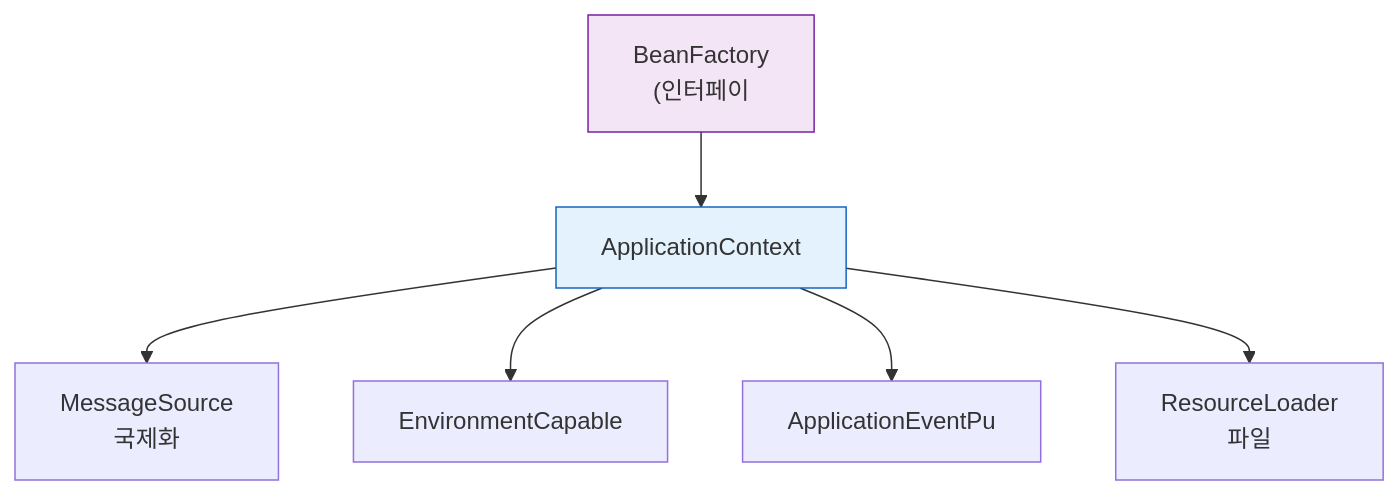
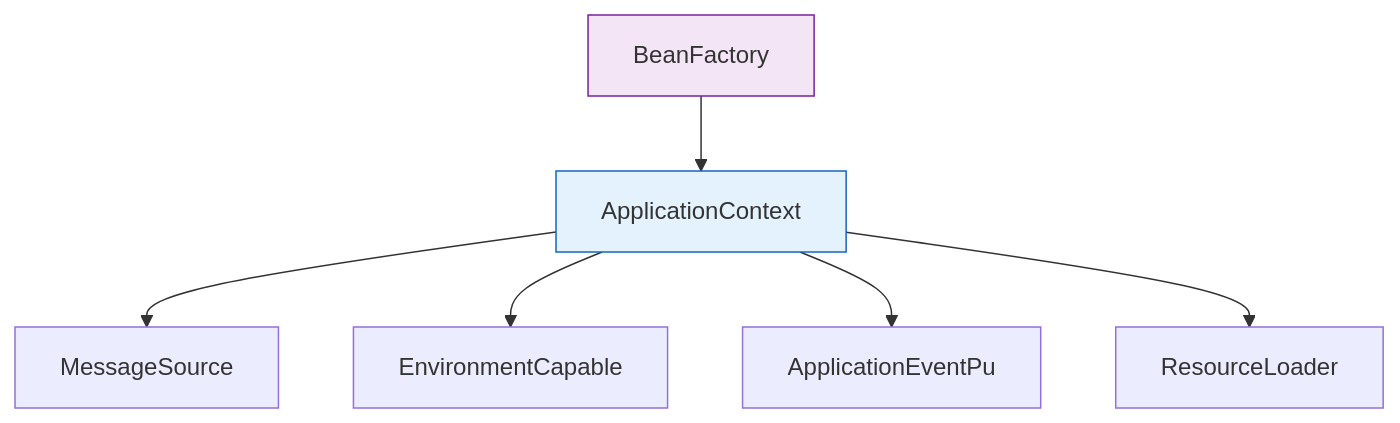
The third of 4 diagrams in _posts/spring/2022-06-16-제어의역전.md (yjkim2015/yjkim2015.github.io), drawn with Mermaid before and after one commit. The commit also changed other lines of this file and 217 other files, not shown here.

First line of the commit message:
Mermaid 크기 수정: useMaxWidth:true + SVG max-width:100% + 라벨 축소

````diff
--- a/_posts/spring/2022-06-16-제어의역전.md
+++ b/_posts/spring/2022-06-16-제어의역전.md
@@ -103,12 +103,12 @@
 ```mermaid
 graph TD
-    BF["BeanFactory\n(인터페이"]
+    BF["BeanFactory"]
     AC["ApplicationContext"]
-    AC --> MSG["MessageSource\n국제화"]
+    AC --> MSG["MessageSource"]
     AC --> ENV["EnvironmentCapable"]
     AC --> AE["ApplicationEventPu"]
-    AC --> RL["ResourceLoader\n파일"]
+    AC --> RL["ResourceLoader"]
     BF --> AC
     style AC fill:#e3f2fd,stroke:#1565c0
     style BF fill:#f3e5f5,stroke:#7b1fa2
 ```
````
